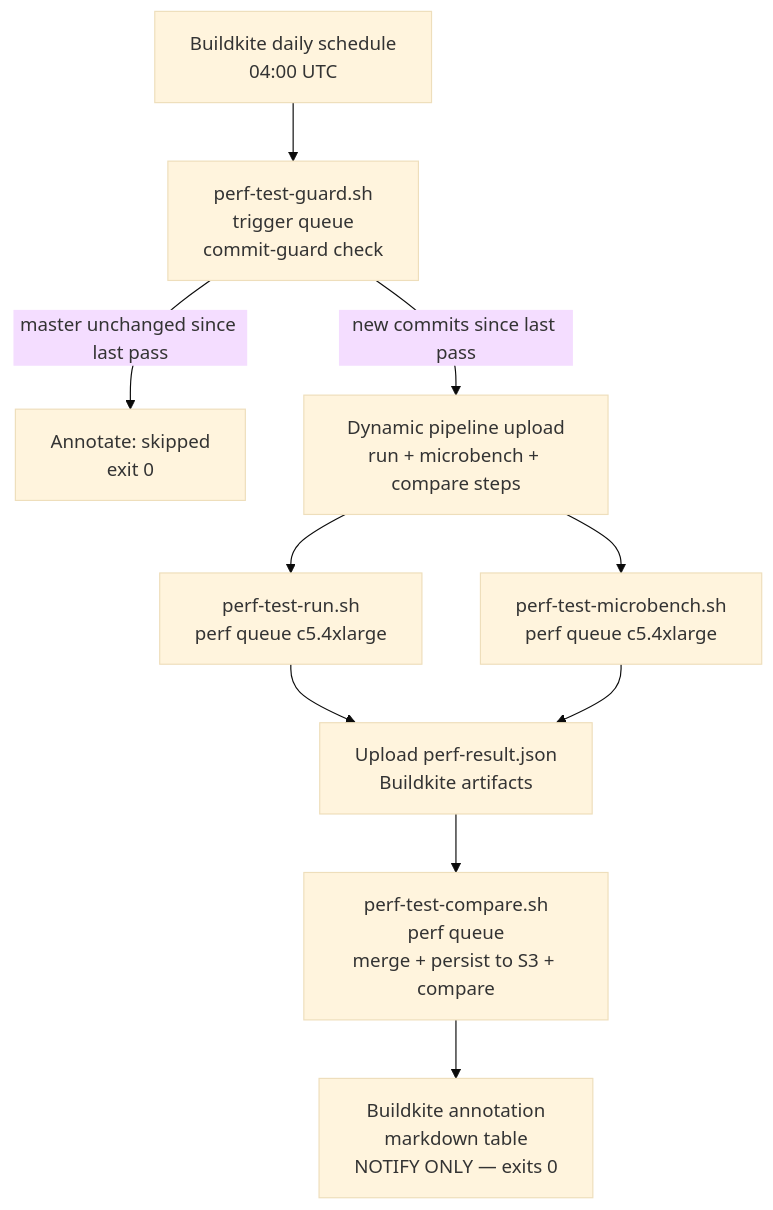
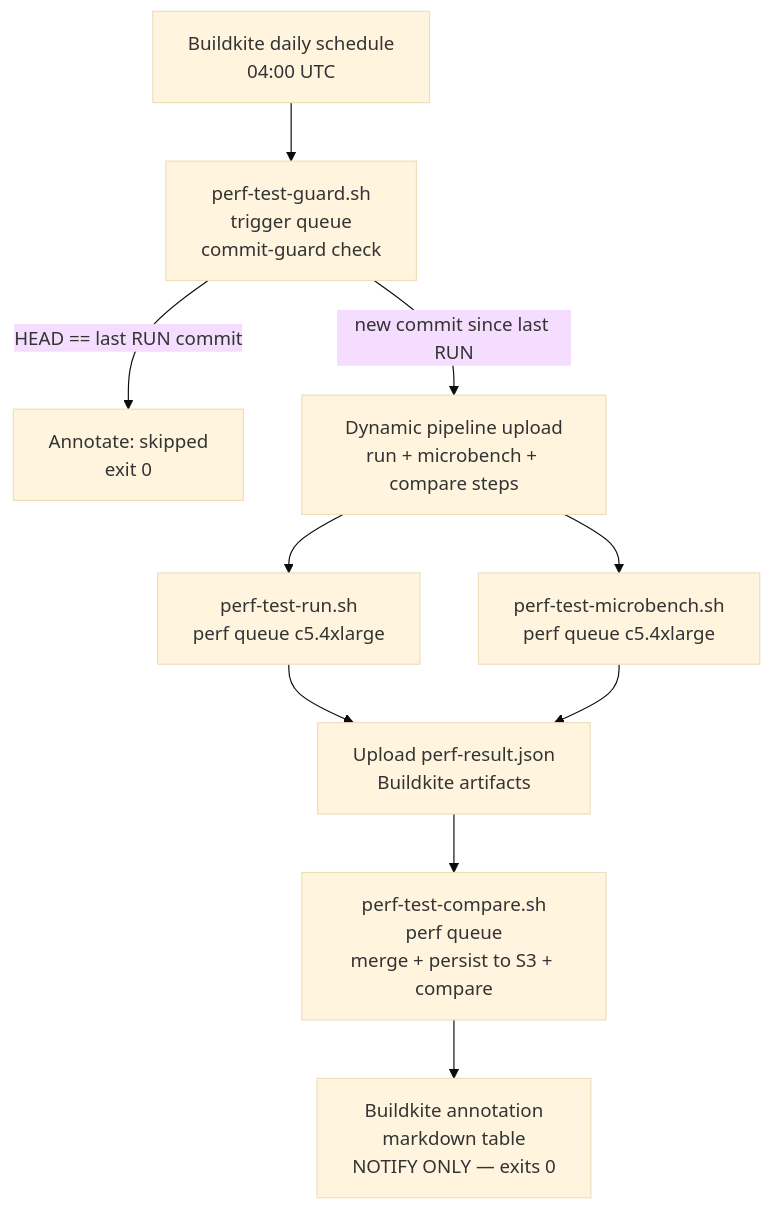
Before and after one commit to sean8601/mockserver-monorepo: the diagram in docs/operations/performance-tuning.md, drawn with Mermaid (base theme). The commit also changed other lines of this file and 4 other files, not shown here.

First line of the commit message:
fix(perf): gate the daily regression run on the last ACTUAL run, not lint passes

````diff
--- a/docs/operations/performance-tuning.md
+++ b/docs/operations/performance-tuning.md
@@ -77,24 +77,24 @@
 ```mermaid
 flowchart TD
     SCHED["Buildkite daily schedule
 04:00 UTC"] --> GUARD["perf-test-guard.sh
 trigger queue
 commit-guard check"]
-    GUARD -->|"master unchanged since last pass"| SKIP["Annotate: skipped
+    GUARD -->|"HEAD == last RUN commit"| SKIP["Annotate: skipped
 exit 0"]
-    GUARD -->|"new commits since last pass"| UPLOAD["Dynamic pipeline upload
+    GUARD -->|"new commit since last RUN"| UPLOAD["Dynamic pipeline upload
 run + microbench + compare steps"]
     UPLOAD --> RUN["perf-test-run.sh
 perf queue  c5.4xlarge"]
     UPLOAD --> MICRO["perf-test-microbench.sh
 perf queue  c5.4xlarge"]
     RUN --> ARTIFACTS["Upload perf-result.json
 Buildkite artifacts"]
     MICRO --> ARTIFACTS
     ARTIFACTS --> COMPARE["perf-test-compare.sh
 perf queue
 merge + persist to S3 + compare"]
     COMPARE --> ANNOTATE["Buildkite annotation
 markdown table
 NOTIFY ONLY — exits 0"]
 ```
````
